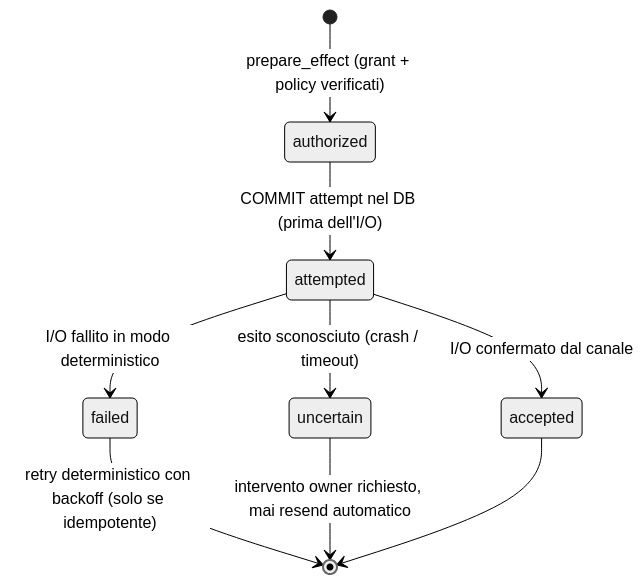
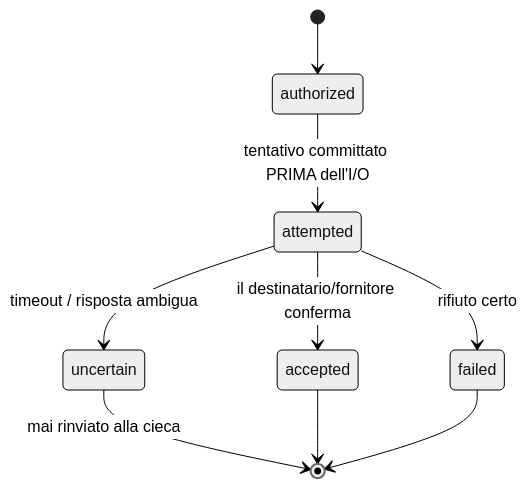
Before and after one commit to Hypaz-AI/p-secretary: the ninth of 9 diagrams in AGENT_FLOWS.md, drawn with Mermaid (neutral theme). The commit also changed other lines of this file and 131 other files, not shown here.

````diff
--- a/AGENT_FLOWS.md
+++ b/AGENT_FLOWS.md
@@ -471,11 +300,11 @@
 ```mermaid
 stateDiagram-v2
-    [*] --> authorized: prepare_effect (grant + policy verificati)
-    authorized --> attempted: COMMIT attempt nel DB (prima dell'I/O)
-    attempted --> accepted: I/O confermato dal canale
-    attempted --> failed: I/O fallito in modo deterministico
-    attempted --> uncertain: esito sconosciuto (crash / timeout)
-    failed --> [*]: retry deterministico con backoff (solo se idempotente)
-    uncertain --> [*]: intervento owner richiesto, mai resend automatico
+    [*] --> authorized
+    authorized --> attempted: tentativo committato PRIMA dell'I/O
+    attempted --> accepted: il destinatario/fornitore conferma
+    attempted --> failed: rifiuto certo
+    attempted --> uncertain: timeout / risposta ambigua
+    uncertain --> [*]: mai rinviato alla cieca
     accepted --> [*]
+    failed --> [*]
 ```
````
